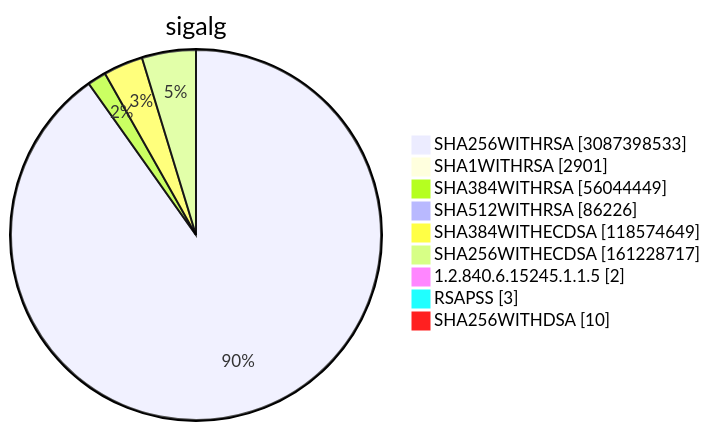
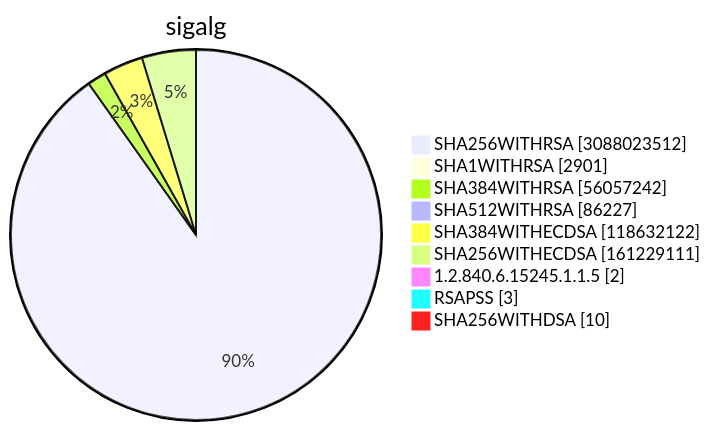
One commit to christiankrug/ctmonitor_visualization changed diagram 15 of 15 in TOTAL/README.md. Above: the diagram before and after it, drawn with Mermaid. The commit also changed other lines of this file, not shown here.

````diff
--- a/TOTAL/README.md
+++ b/TOTAL/README.md
@@ -6211,13 +6211,13 @@
 ```mermaid
 pie showData
 title sigalg
-"SHA256WITHRSA" :3087398533
+"SHA256WITHRSA" :3088023512
 "SHA1WITHRSA" :2901
-"SHA384WITHRSA" :56044449
-"SHA512WITHRSA" :86226
-"SHA384WITHECDSA" :118574649
-"SHA256WITHECDSA" :161228717
+"SHA384WITHRSA" :56057242
+"SHA512WITHRSA" :86227
+"SHA384WITHECDSA" :118632122
+"SHA256WITHECDSA" :161229111
 "1.2.840.6.15245.1.1.5" :2
 "RSAPSS" :3
 "SHA256WITHDSA" :10
 ```
````
